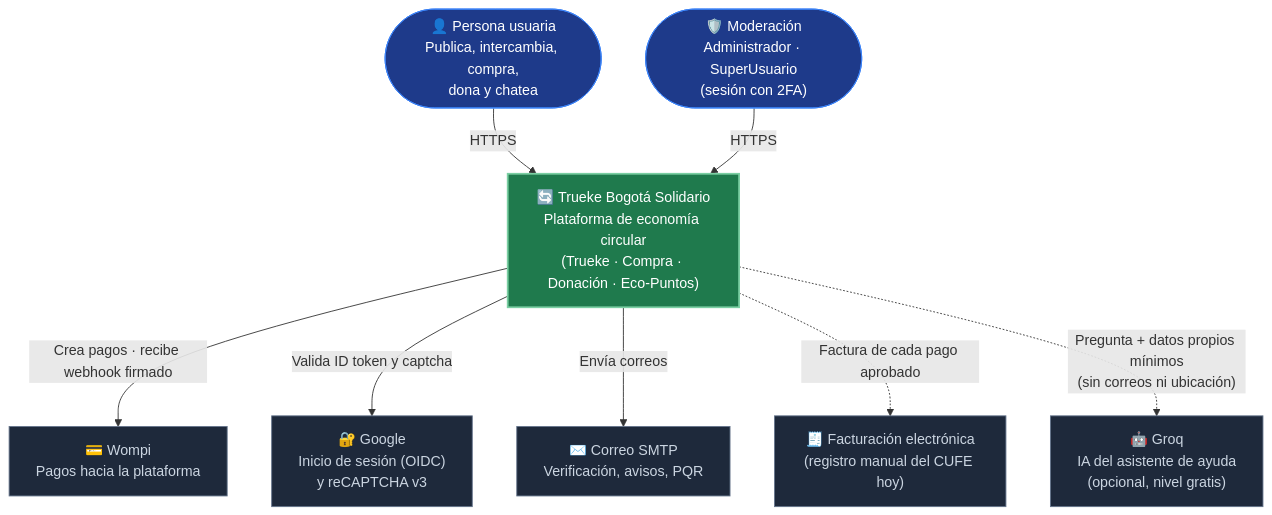
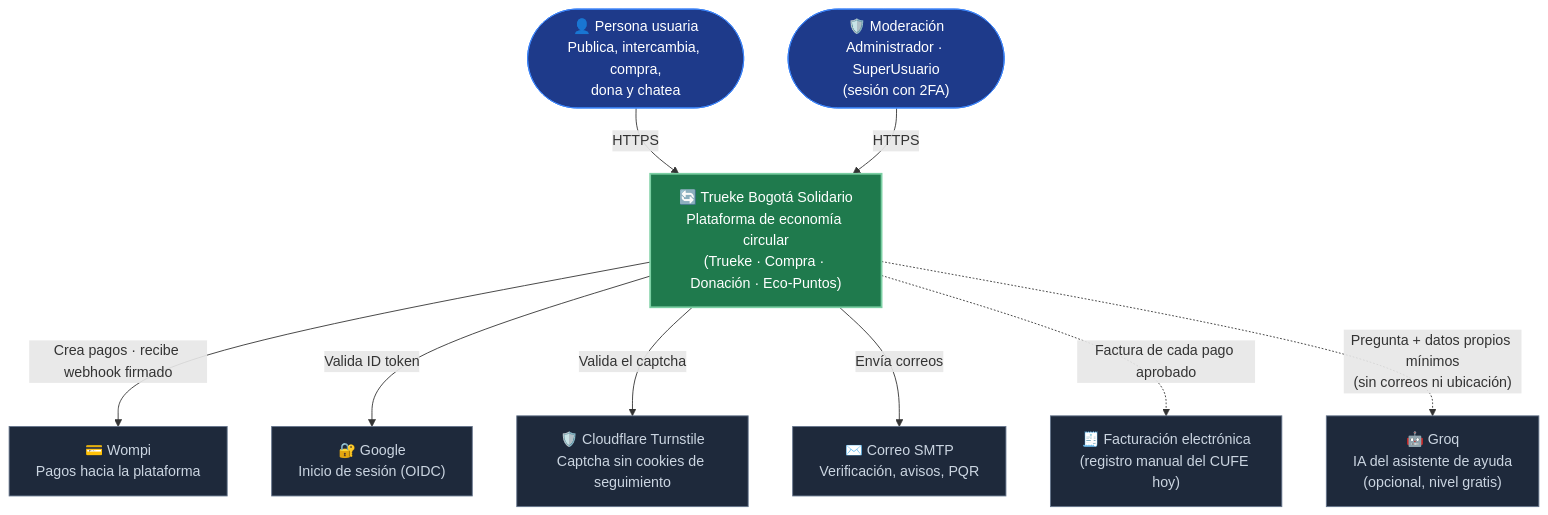
Before and after one commit to IngMartinG/TRUEKE-BOGOTA-SOLIDARIO-: the first of 4 diagrams in docs/c4/C4_MODELO_TRUEKE.md, drawn with Mermaid. The commit also changed other lines of this file and 25 other files, not shown here.

First line of the commit message:
feat: captcha con Cloudflare Turnstile en lugar de reCAPTCHA v3

````diff
--- a/docs/c4/C4_MODELO_TRUEKE.md
+++ b/docs/c4/C4_MODELO_TRUEKE.md
@@ -12,25 +12,27 @@
 ```mermaid
 flowchart TB
     U1(["👤 Persona usuaria<br/>Publica, intercambia, compra,<br/>dona y chatea"]):::persona
     U2(["🛡️ Moderación<br/>Administrador · SuperUsuario<br/>(sesión con 2FA)"]):::persona
 
     SYS["🔄 Trueke Bogotá Solidario<br/>Plataforma de economía circular<br/>(Trueke · Compra · Donación · Eco-Puntos)"]:::system
 
     WOMPI["💳 Wompi<br/>Pagos hacia la plataforma"]:::externo
-    GOOGLE["🔐 Google<br/>Inicio de sesión (OIDC)<br/>y reCAPTCHA v3"]:::externo
+    GOOGLE["🔐 Google<br/>Inicio de sesión (OIDC)"]:::externo
+    CLOUDFLARE["🛡️ Cloudflare Turnstile<br/>Captcha sin cookies de seguimiento"]:::externo
     SMTP["✉️ Correo SMTP<br/>Verificación, avisos, PQR"]:::externo
     DIAN["🧾 Facturación electrónica<br/>(registro manual del CUFE hoy)"]:::externo
     GROQ["🤖 Groq<br/>IA del asistente de ayuda<br/>(opcional, nivel gratis)"]:::externo
 
     U1 -->|"HTTPS"| SYS
     U2 -->|"HTTPS"| SYS
     SYS -->|"Crea pagos · recibe webhook firmado"| WOMPI
-    SYS -->|"Valida ID token y captcha"| GOOGLE
+    SYS -->|"Valida ID token"| GOOGLE
+    SYS -->|"Valida el captcha"| CLOUDFLARE
     SYS -->|"Envía correos"| SMTP
     SYS -.->|"Factura de cada pago aprobado"| DIAN
     SYS -.->|"Pregunta + datos propios mínimos<br/>(sin correos ni ubicación)"| GROQ
 
     classDef persona fill:#1e3a8a,color:#fff,stroke:#3b82f6;
     classDef system fill:#1f7a4d,color:#fff,stroke:#7bcfa3,stroke-width:2px;
     classDef externo fill:#1e293b,color:#cbd5e1,stroke:#64748b;
 ```
````
